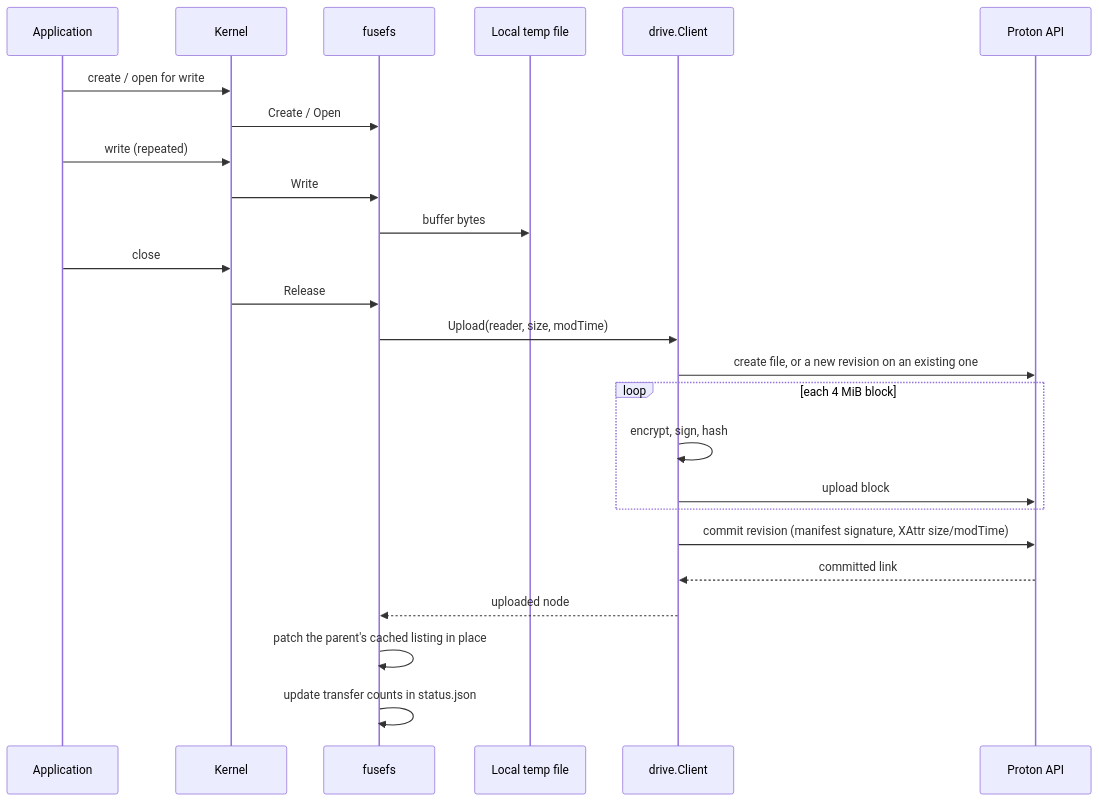
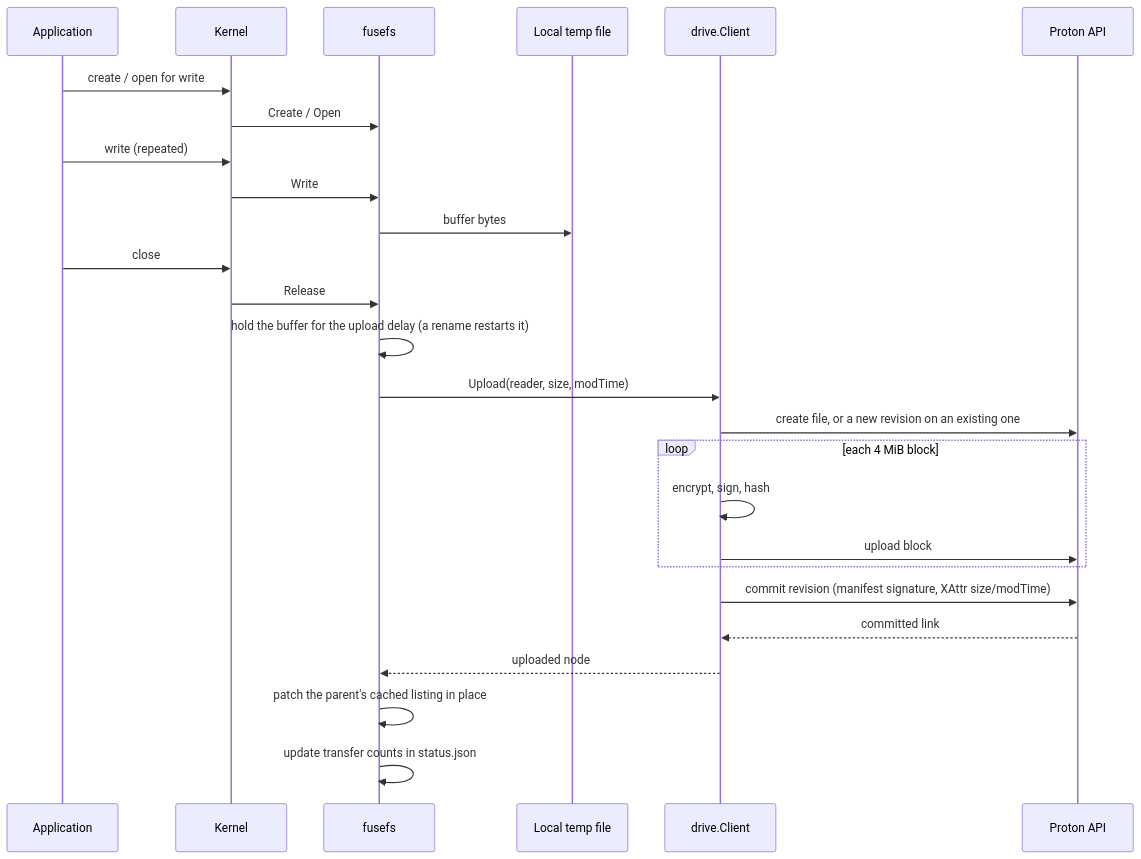
Before and after one commit to khaosdoctor/proton-drive-linux-fs: the third of 5 diagrams in docs/how-it-works.md, drawn with Mermaid. The commit also changed other lines of this file and 15 other files, not shown here.

````diff
--- a/docs/how-it-works.md
+++ b/docs/how-it-works.md
@@ -82,28 +92,29 @@
 ```mermaid
 sequenceDiagram
     participant App as Application
     participant Kernel
     participant FS as fusefs
     participant Tmp as Local temp file
     participant Drive as drive.Client
     participant API as Proton API
 
     App->>Kernel: create / open for write
     Kernel->>FS: Create / Open
     App->>Kernel: write (repeated)
     Kernel->>FS: Write
     FS->>Tmp: buffer bytes
     App->>Kernel: close
     Kernel->>FS: Release
+    FS->>FS: hold the buffer for the upload delay (a rename restarts it)
     FS->>Drive: Upload(reader, size, modTime)
     Drive->>API: create file, or a new revision on an existing one
     loop each 4 MiB block
         Drive->>Drive: encrypt, sign, hash
         Drive->>API: upload block
     end
     Drive->>API: commit revision (manifest signature, XAttr size/modTime)
     API-->>Drive: committed link
     Drive-->>FS: uploaded node
     FS->>FS: patch the parent's cached listing in place
     FS->>FS: update transfer counts in status.json
 ```
````
